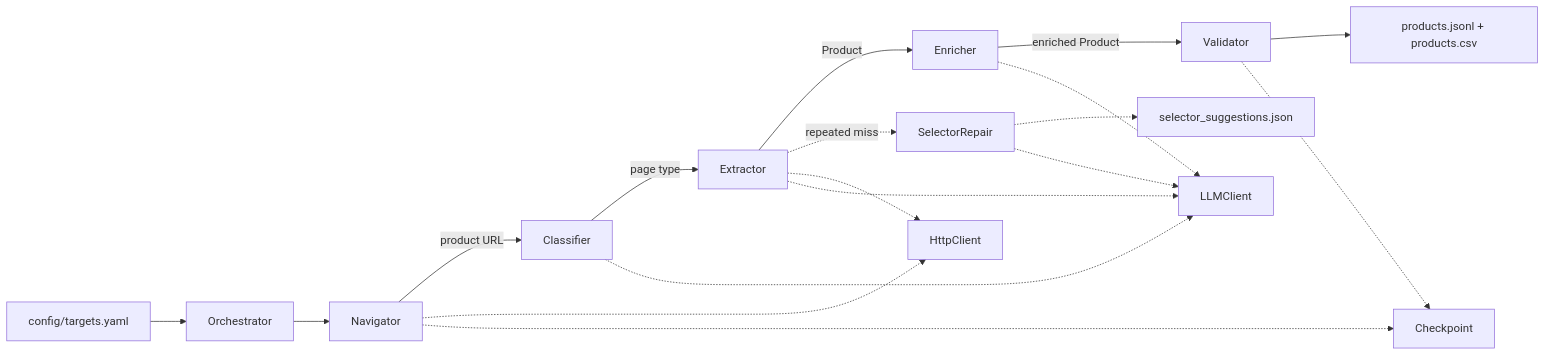
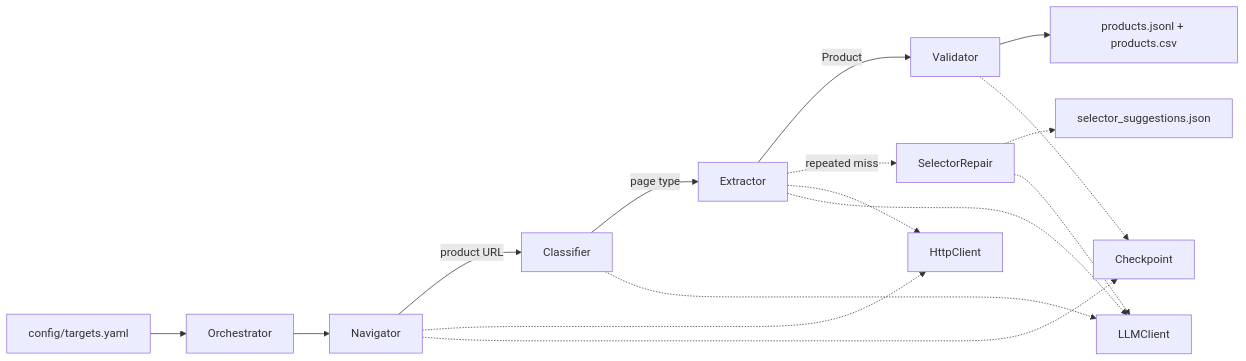
Before and after one commit to C0k11/frontier-dental-assessment: the first of 3 diagrams in README.md, drawn with Mermaid. The commit also changed other lines of this file and 6 other files, not shown here.

````diff
--- a/README.md
+++ b/README.md
@@ -39,22 +39,20 @@
 ```mermaid
 flowchart LR
     Config[config/targets.yaml] --> Orchestrator
     Orchestrator --> Navigator
     Navigator -->|product URL| Classifier
     Classifier -->|page type| Extractor
-    Extractor -->|Product| Enricher
-    Enricher -->|enriched Product| Validator
+    Extractor -->|Product| Validator
     Validator --> Output[products.jsonl + products.csv]
 
     Extractor -.->|repeated miss| SelectorRepair
     SelectorRepair -.-> SuggestionsFile[selector_suggestions.json]
 
     Navigator -.-> HttpClient
     Extractor -.-> HttpClient
     Classifier -.-> LLMClient
     Extractor -.-> LLMClient
-    Enricher -.-> LLMClient
     SelectorRepair -.-> LLMClient
     Navigator -.-> Checkpoint
     Validator -.-> Checkpoint
 ```
````
